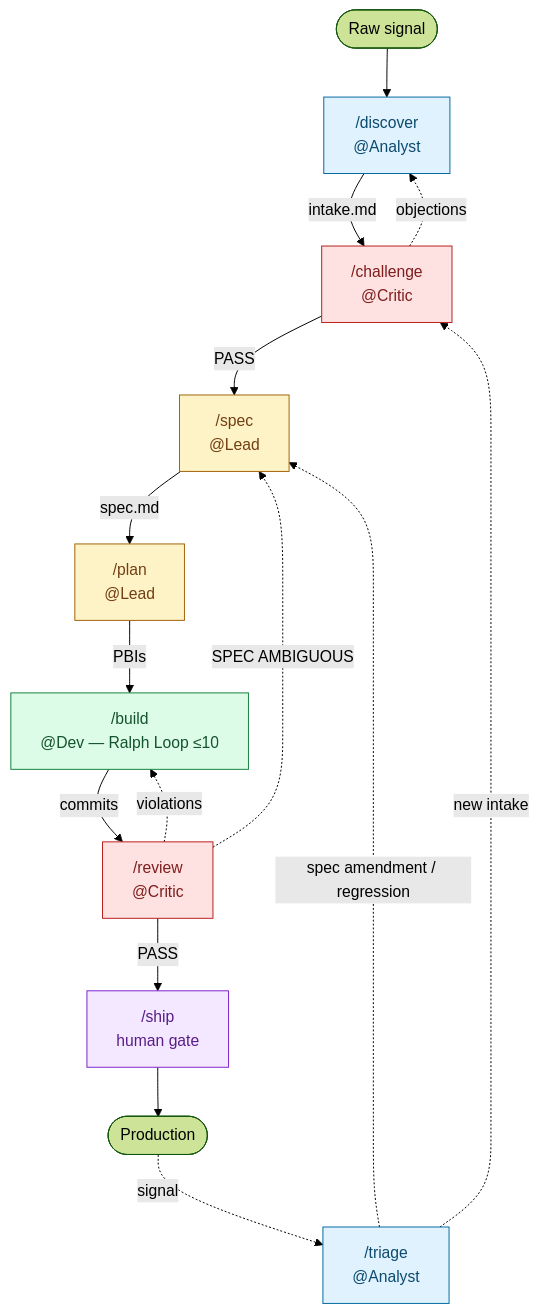
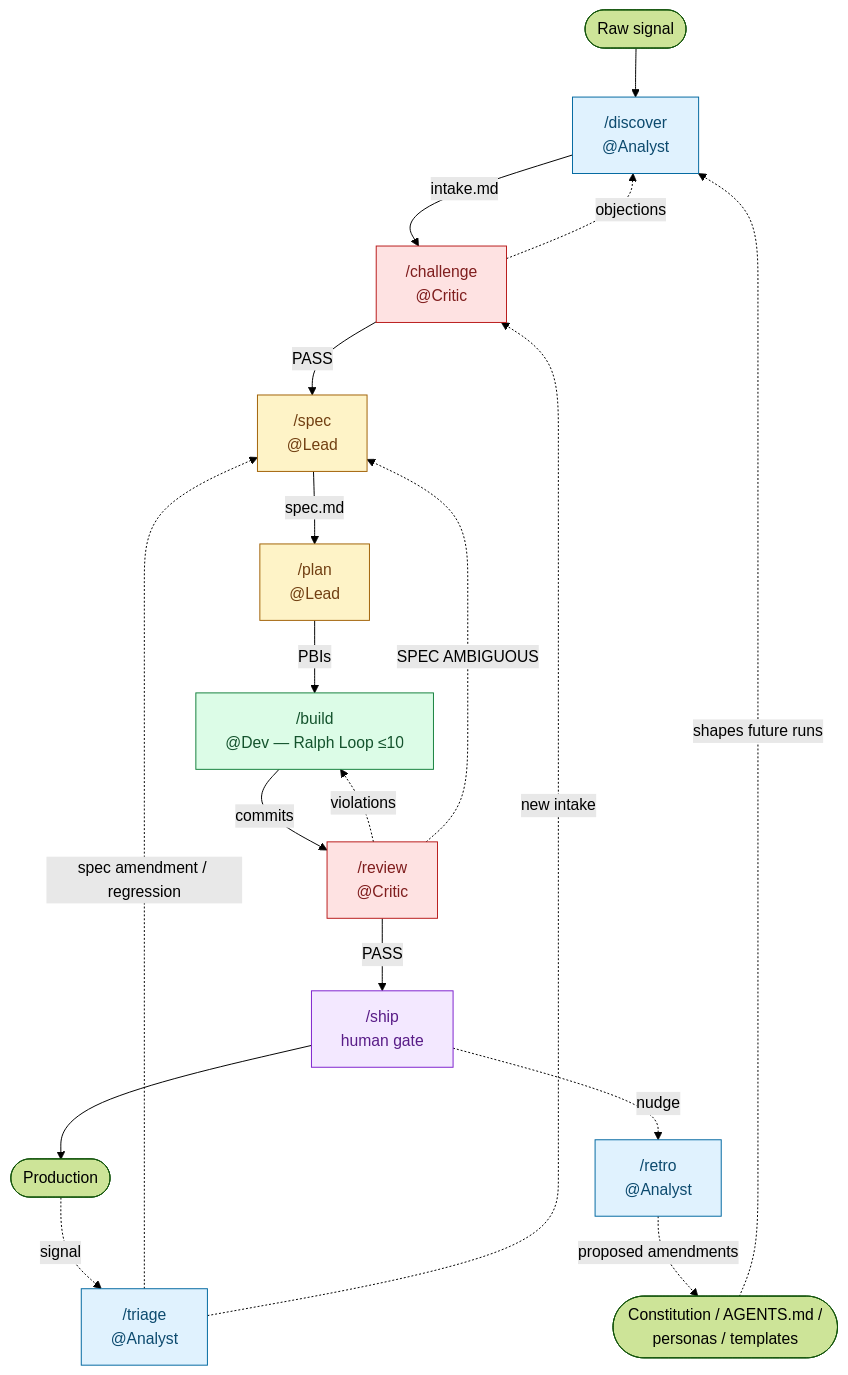
The diagram in AGENTS.md (futurice/agentic-factory-demo), drawn with Mermaid (forest theme) before and after one commit. The commit also changed other lines of this file and 13 other files, not shown here.

````diff
--- a/AGENTS.md
+++ b/AGENTS.md
@@ -129,34 +96,39 @@
 ```mermaid
 flowchart TD
     signal([Raw signal]) --> discover
 
     discover["/discover<br/>@Analyst"]:::analyst
     challenge["/challenge<br/>@Critic"]:::critic
     spec["/spec<br/>@Lead"]:::lead
     plan["/plan<br/>@Lead"]:::lead
     build["/build<br/>@Dev — Ralph Loop ≤10"]:::dev
     review["/review<br/>@Critic"]:::critic
     ship["/ship<br/>human gate"]:::human
     triage["/triage<br/>@Analyst"]:::analyst
+    retro["/retro<br/>@Analyst"]:::analyst
+    context([Constitution / AGENTS.md /<br/>personas / templates])
     prod([Production])
 
     discover -->|intake.md| challenge
     challenge -->|PASS| spec
     challenge -.->|objections| discover
     spec -->|spec.md| plan
     plan -->|PBIs| build
     build -->|commits| review
     review -->|PASS| ship
     review -.->|violations| build
     review -.->|SPEC AMBIGUOUS| spec
     ship --> prod
+    ship -.->|nudge| retro
+    retro -.->|proposed amendments| context
+    context -.->|shapes future runs| discover
     prod -.->|signal| triage
     triage -.->|spec amendment / regression| spec
     triage -.->|new intake| challenge
 
     classDef analyst fill:#e0f2fe,stroke:#0369a1,color:#0c4a6e
     classDef critic fill:#fee2e2,stroke:#b91c1c,color:#7f1d1d
     classDef lead fill:#fef3c7,stroke:#a16207,color:#713f12
     classDef dev fill:#dcfce7,stroke:#15803d,color:#14532d
     classDef human fill:#f3e8ff,stroke:#7e22ce,color:#581c87
 ```
````
